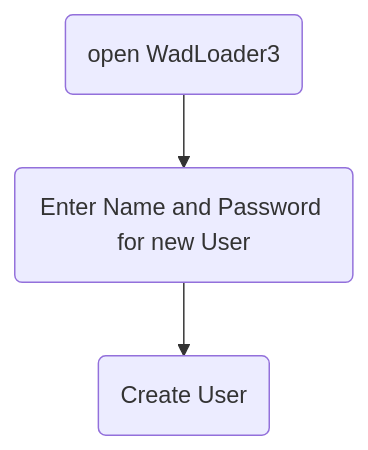
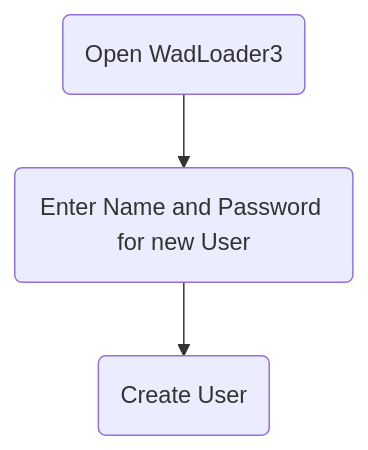
One commit to Lukas-Hoernle/WAD-Loader-3 changed the first of 7 diagrams in documentation/usecases.md. Above: the diagram before and after it, drawn with Mermaid. The commit also changed other lines of this file, not shown here.

````diff
--- a/documentation/usecases.md
+++ b/documentation/usecases.md
@@ -58,5 +11,5 @@
 ```mermaid
 graph
-A(open WadLoader3) -->B(Enter Name and Password for new User)
-    B --> C(Create User)
+A(Open WadLoader3) --> B(Enter Name and Password for new User)
+B --> C(Create User)
 ```
````
